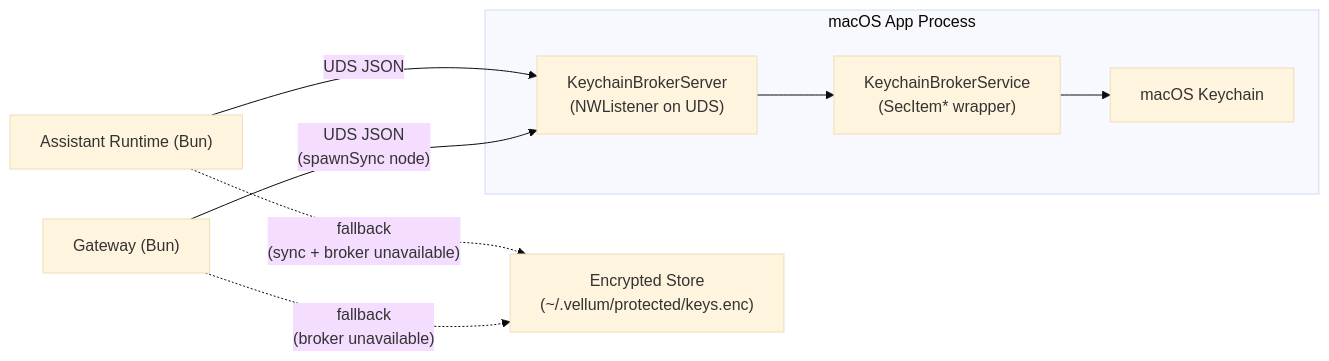
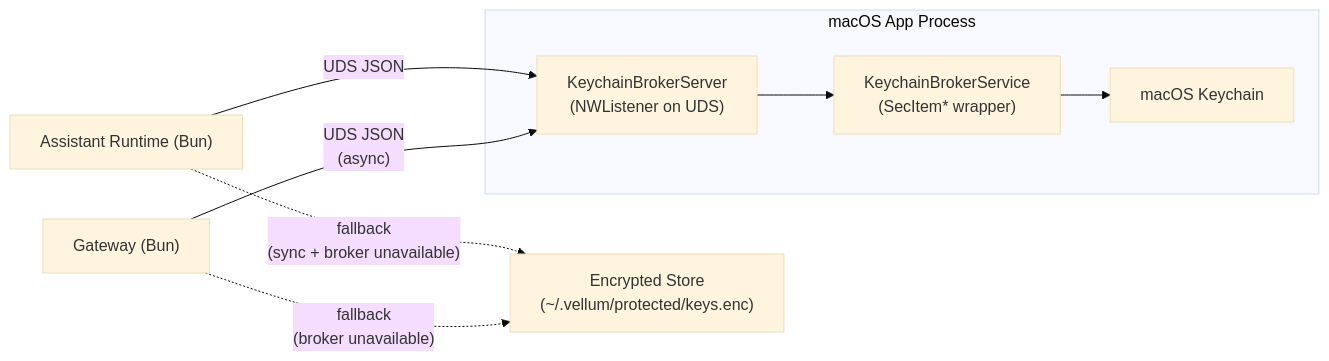
Before and after one commit to vellum-ai/vellum-assistant: the diagram in assistant/docs/architecture/keychain-broker.md, drawn with Mermaid (base theme). The commit also changed other lines of this file and 11 other files, not shown here.

First line of the commit message:
feat: migrate keychain broker to async-first APIs and native UDS

````diff
--- a/assistant/docs/architecture/keychain-broker.md
+++ b/assistant/docs/architecture/keychain-broker.md
@@ -23,15 +23,15 @@
 ```mermaid
 graph LR
     subgraph "macOS App Process"
         SERVER["KeychainBrokerServer<br/>(NWListener on UDS)"]
         SERVICE["KeychainBrokerService<br/>(SecItem* wrapper)"]
         SERVER --> SERVICE
         SERVICE --> KC["macOS Keychain"]
     end
 
     RUNTIME["Assistant Runtime (Bun)"] -->|"UDS JSON"| SERVER
-    GATEWAY["Gateway (Bun)"] -->|"UDS JSON<br/>(spawnSync node)"| SERVER
+    GATEWAY["Gateway (Bun)"] -->|"UDS JSON<br/>(async)"| SERVER
 
     RUNTIME -.->|"fallback<br/>(sync + broker unavailable)"| ENC["Encrypted Store<br/>(~/.vellum/protected/keys.enc)"]
     GATEWAY -.->|"fallback<br/>(broker unavailable)"| ENC
 ```
````
